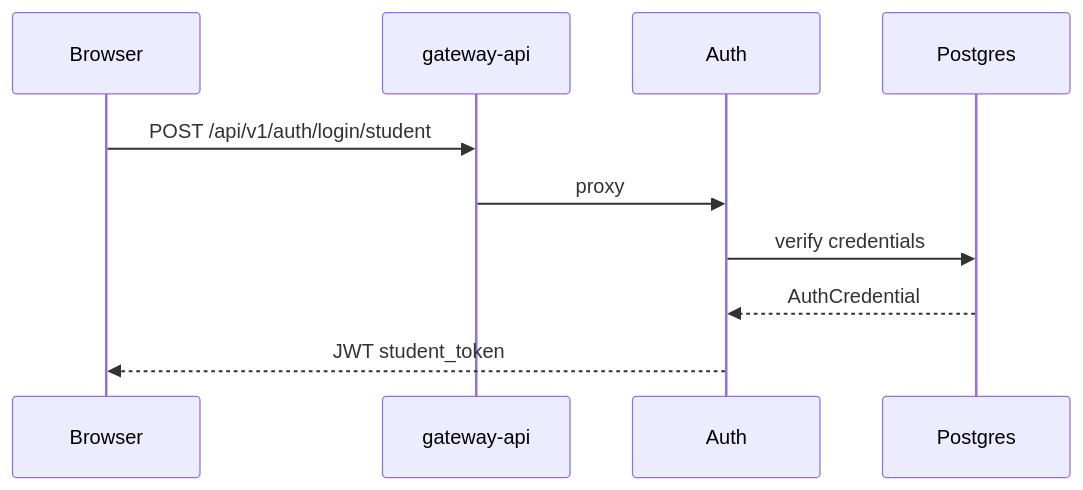
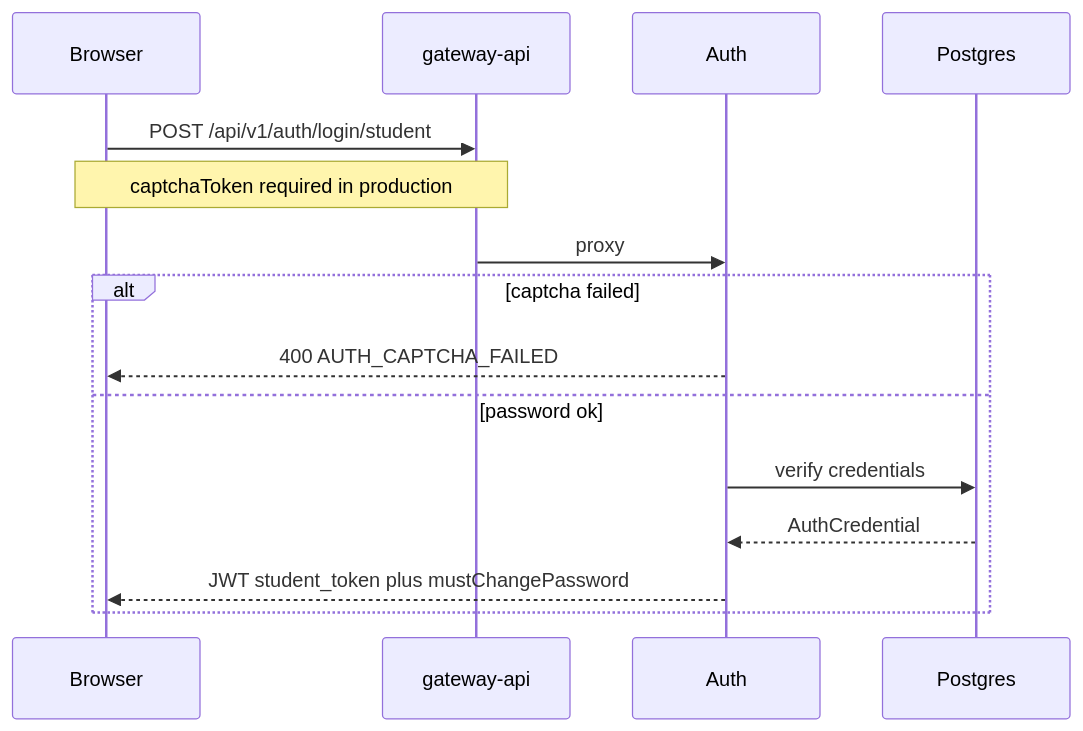
Before and after one commit to uniz-rguktong/uniz-master: the first of 24 diagrams in apps/uniz-docs/system/action-flows.md, drawn with Mermaid. The commit also changed other lines of this file and 49 other files, not shown here.

````diff
--- a/apps/uniz-docs/system/action-flows.md
+++ b/apps/uniz-docs/system/action-flows.md
@@ -22,13 +22,18 @@
 ```mermaid
 sequenceDiagram
   participant B as Browser
   participant GW as gateway-api
   participant A as Auth
   participant PG as Postgres
 
   B->>GW: POST /api/v1/auth/login/student
+  Note over B,GW: captchaToken required in production
   GW->>A: proxy
-  A->>PG: verify credentials
-  PG-->>A: AuthCredential
-  A-->>B: JWT student_token
+  alt captcha failed
+    A-->>B: 400 AUTH_CAPTCHA_FAILED
+  else password ok
+    A->>PG: verify credentials
+    PG-->>A: AuthCredential
+    A-->>B: JWT student_token plus mustChangePassword
+  end
 ```
````
